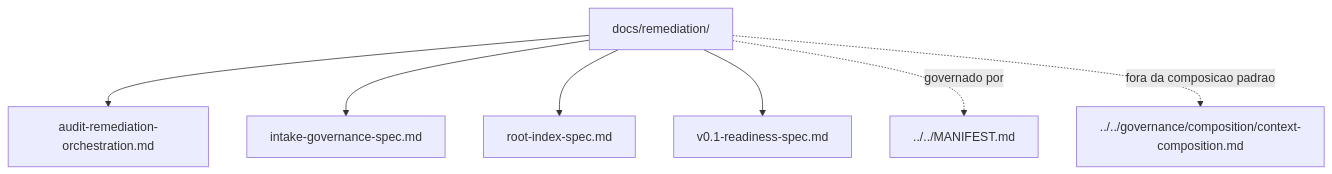
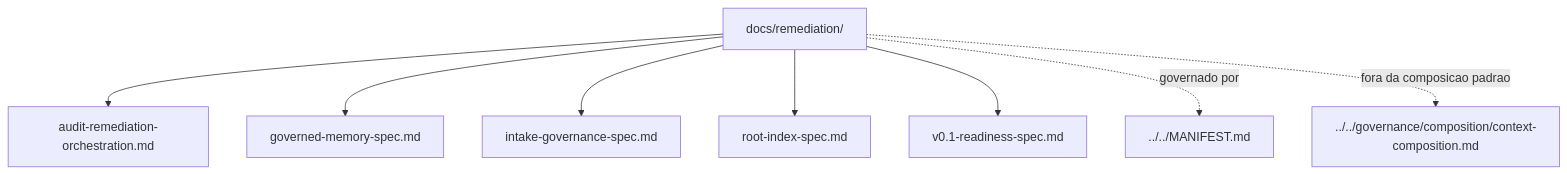
Before and after one commit to moreira-and/agent-ops: the diagram in docs/remediation/README.md, drawn with Mermaid. The commit also changed other lines of this file and 13 other files, not shown here.

````diff
--- a/docs/remediation/README.md
+++ b/docs/remediation/README.md
@@ -65,10 +66,11 @@
 ```mermaid
 flowchart TD
     current["docs/remediation/"]
     current --> n1["audit-remediation-orchestration.md"]
-    current --> n2["intake-governance-spec.md"]
-    current --> n3["root-index-spec.md"]
-    current --> n4["v0.1-readiness-spec.md"]
-    current -. "governado por" .-> n5["../../MANIFEST.md"]
-    current -. "fora da composicao padrao" .-> n6["../../governance/composition/context-composition.md"]
+    current --> n2["governed-memory-spec.md"]
+    current --> n3["intake-governance-spec.md"]
+    current --> n4["root-index-spec.md"]
+    current --> n5["v0.1-readiness-spec.md"]
+    current -. "governado por" .-> n6["../../MANIFEST.md"]
+    current -. "fora da composicao padrao" .-> n7["../../governance/composition/context-composition.md"]
 ```
````
